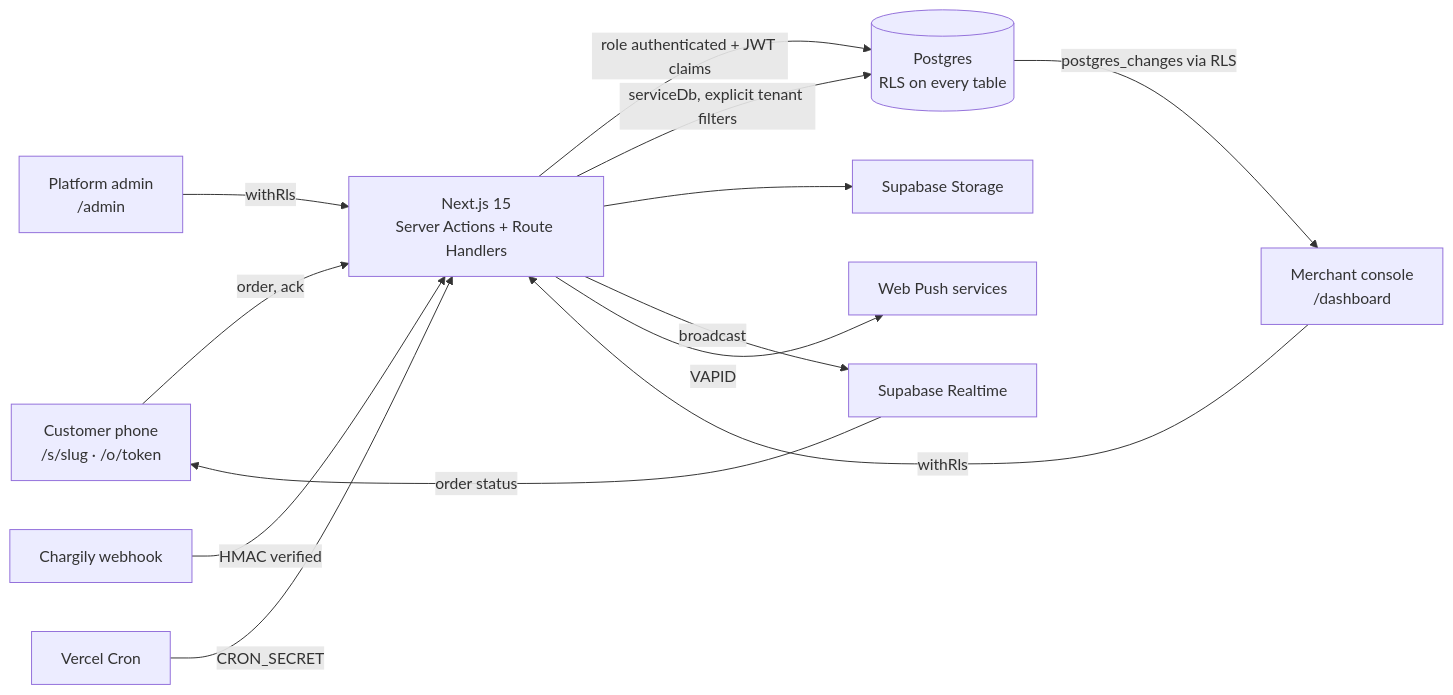
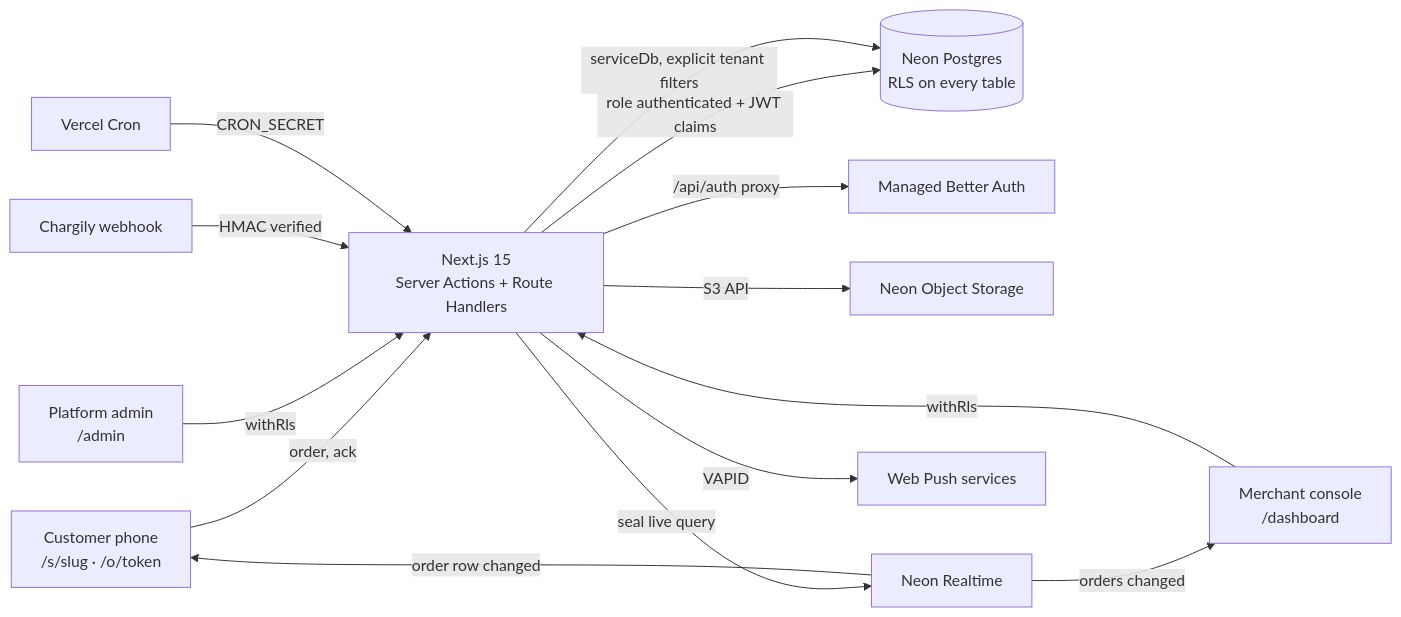
The diagram in README.md (Opus-Structure/ranna), drawn with Mermaid before and after one commit. The commit also changed other lines of this file and 79 other files, not shown here.

First line of the commit message:
Move the backend from Supabase to Neon

````diff
--- a/README.md
+++ b/README.md
@@ -83,15 +87,16 @@
 ```mermaid
 flowchart LR
   C[Customer phone<br/>/s/slug · /o/token] -->|order, ack| N[Next.js 15<br/>Server Actions + Route Handlers]
   M[Merchant console<br/>/dashboard] -->|withRls| N
   A[Platform admin<br/>/admin] -->|withRls| N
-  N -->|role authenticated + JWT claims| P[(Postgres<br/>RLS on every table)]
+  N -->|role authenticated + JWT claims| P[(Neon Postgres<br/>RLS on every table)]
   N -->|serviceDb, explicit tenant filters| P
-  N --> S[Supabase Storage]
-  N -->|broadcast| R[Supabase Realtime]
-  R -->|order status| C
-  P -->|postgres_changes via RLS| M
+  N -->|/api/auth proxy| U[Managed Better Auth]
+  N -->|S3 API| S[Neon Object Storage]
+  N -->|seal live query| R[Neon Realtime]
+  R -->|order row changed| C
+  R -->|orders changed| M
   W[Chargily webhook] -->|HMAC verified| N
   K[Vercel Cron] -->|CRON_SECRET| N
   N -->|VAPID| WP[Web Push services]
 ```
````
